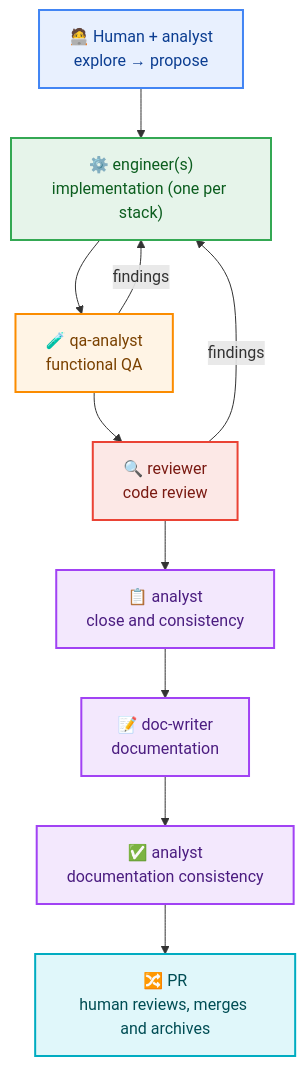
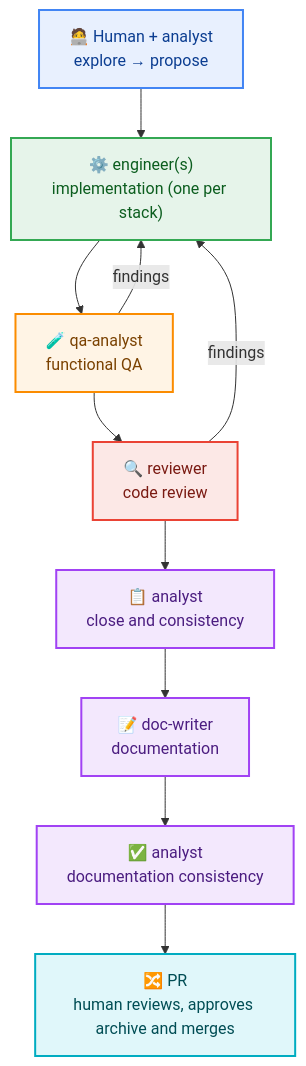
Before and after one commit to cedaniel200/atlas-template: the diagram in docs/README.en.md, drawn with Mermaid. The commit also changed other lines of this file and 6 other files, not shown here.

````diff
--- a/docs/README.en.md
+++ b/docs/README.en.md
@@ -35,23 +35,23 @@
 ```mermaid
 flowchart TD
     H["🧑‍💻 Human + analyst<br/>explore → propose"]:::human
     E["⚙️ engineer(s)<br/>implementation (one per stack)"]:::impl
     Q["🧪 qa-analyst<br/>functional QA"]:::qa
     R["🔍 reviewer<br/>code review"]:::review
     C["📋 analyst<br/>close and consistency"]:::doc
     D["📝 doc-writer<br/>documentation"]:::doc
     V["✅ analyst<br/>documentation consistency"]:::doc
-    P["🔀 PR<br/>human reviews, merges and archives"]:::pr
+    P["🔀 PR<br/>human reviews, approves archive and merges"]:::pr
 
     H --> E --> Q --> R
     Q -->|findings| E
     R -->|findings| E
     R --> C --> D --> V --> P
 
     classDef human fill:#E8F0FE,stroke:#4285F4,stroke-width:2px,color:#0B3D91
     classDef impl fill:#E6F4EA,stroke:#34A853,stroke-width:2px,color:#0B5D1E
     classDef qa fill:#FFF4E5,stroke:#FB8C00,stroke-width:2px,color:#7A4100
     classDef review fill:#FCE8E6,stroke:#EA4335,stroke-width:2px,color:#7A1A12
     classDef doc fill:#F3E8FD,stroke:#A142F4,stroke-width:2px,color:#4B1D80
     classDef pr fill:#E0F7FA,stroke:#00ACC1,stroke-width:2px,color:#004D54
 ```
````
